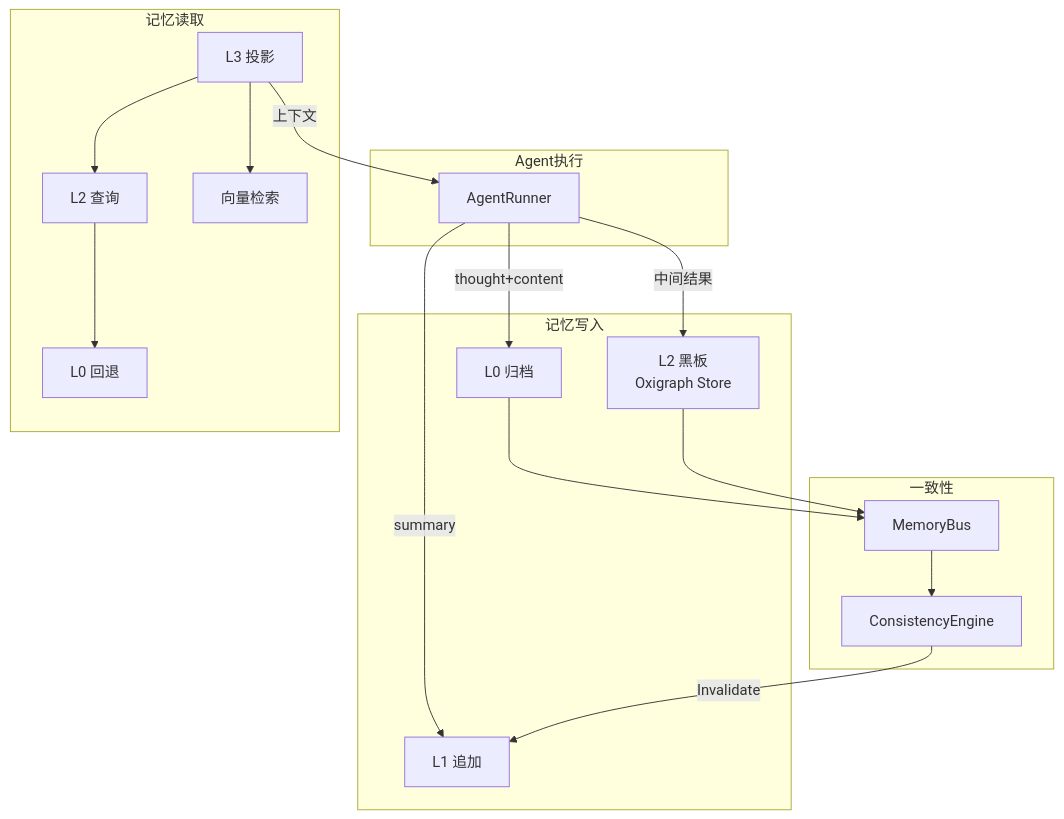
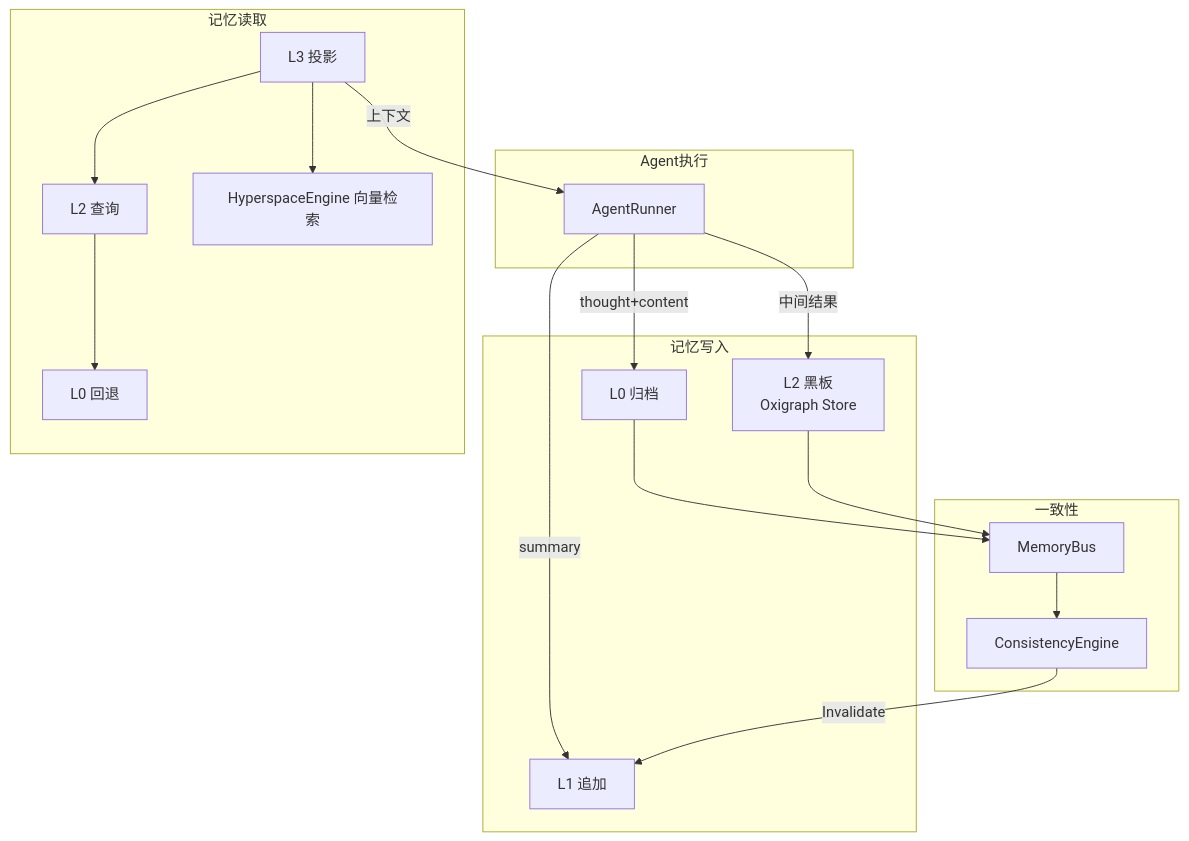
The sixth of 6 diagrams in docs/03-memory-system.md (skaiy/Wild_AgentOS), drawn with Mermaid before and after one commit. The commit also changed other lines of this file and 8 other files, not shown here.

````diff
--- a/docs/03-memory-system.md
+++ b/docs/03-memory-system.md
@@ -533,28 +541,28 @@
 ```mermaid
 flowchart TB
     subgraph Agent执行
         AR[AgentRunner]
     end
 
     subgraph 记忆写入
         AR -->|thought+content| L0_W["L0 归档"]
         AR -->|summary| L1_W["L1 追加"]
         AR -->|中间结果| L2_W["L2 黑板<br/>Oxigraph Store"]
     end
 
     subgraph 记忆读取
         L3_R["L3 投影"] -->|上下文| AR
         L3_R --> L2_R["L2 查询"]
-        L3_R --> VS_R["向量检索"]
+        L3_R --> HE_R["HyperspaceEngine 向量检索"]
         L2_R --> L0_R["L0 回退"]
     end
 
     subgraph 一致性
         MB["MemoryBus"]
         CE["ConsistencyEngine"]
         L0_W --> MB
         L2_W --> MB
         MB --> CE
         CE -->|Invalidate| L1_W
     end
 ```
````
